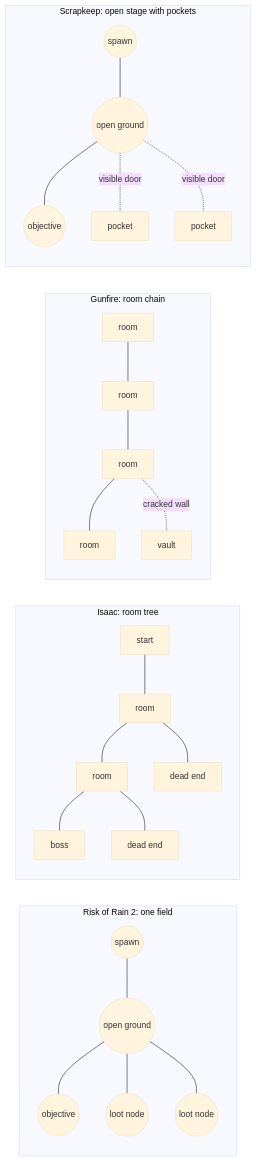
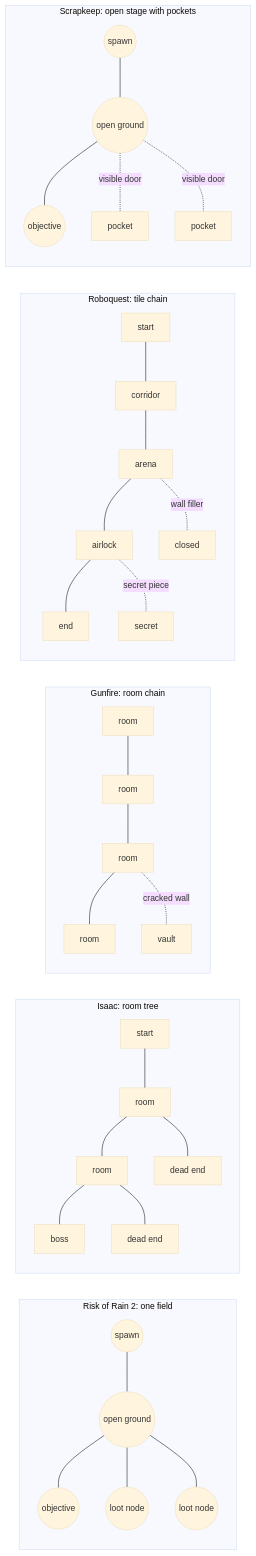
One commit to bananahana720/scrapkeep changed the diagram in sketches/core-loop/design-v3/research/comps/maps-compared.md. Above: the diagram before and after it, drawn with Mermaid (base theme). The commit also changed other lines of this file and 12 other files, not shown here.

````diff
--- a/sketches/core-loop/design-v3/research/comps/maps-compared.md
+++ b/sketches/core-loop/design-v3/research/comps/maps-compared.md
@@ -19,22 +19,27 @@
 ```mermaid
 flowchart LR
     subgraph RoR2[Risk of Rain 2: one field]
         F1((spawn)) --- F2((open ground)) --- F3((objective))
         F2 --- F4((loot node))
         F2 --- F5((loot node))
     end
     subgraph Isaac[Isaac: room tree]
         I1[start] --- I2[room] --- I3[room] --- I4[boss]
         I2 --- I5[dead end] 
         I3 --- I6[dead end]
     end
     subgraph Gunfire[Gunfire: room chain]
         G1[room] --- G2[room] --- G3[room] --- G4[room]
         G3 -.cracked wall.- G5[vault]
     end
+    subgraph Roboquest[Roboquest: tile chain]
+        Q1[start] --- Q2[corridor] --- Q3[arena] --- Q4[airlock] --- Q5[end]
+        Q3 -.wall filler.- Q6[closed]
+        Q4 -.secret piece.- Q7[secret]
+    end
     subgraph Scrapkeep[Scrapkeep: open stage with pockets]
         S1((spawn)) --- S2((open ground)) --- S3((objective))
         S2 -.visible door.- S4[pocket]
         S2 -.visible door.- S5[pocket]
     end
 ```
````
